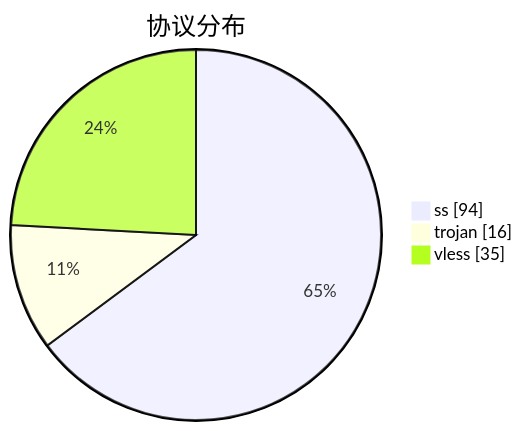
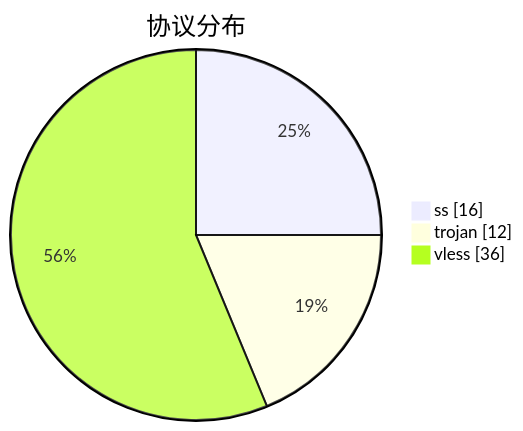
Before and after one commit to qjlxg/airport: the third of 3 diagrams in subs/statistics/tested_within.md, drawn with Mermaid. The commit also changed other lines of this file and 2 other files, not shown here.

````diff
--- a/subs/statistics/tested_within.md
+++ b/subs/statistics/tested_within.md
@@ -31,7 +25,7 @@
 ```mermaid
 pie showData
 title 协议分布
-"ss" : 94
-"trojan" : 16
-"vless" : 35
+"ss" : 16
+"trojan" : 12
+"vless" : 36
 ```
````
